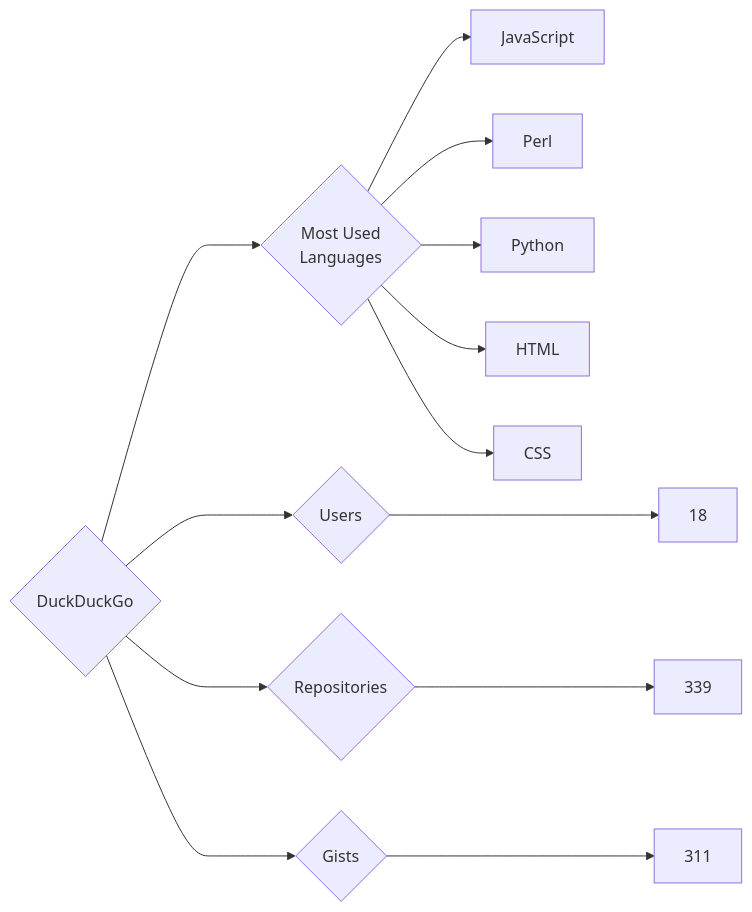
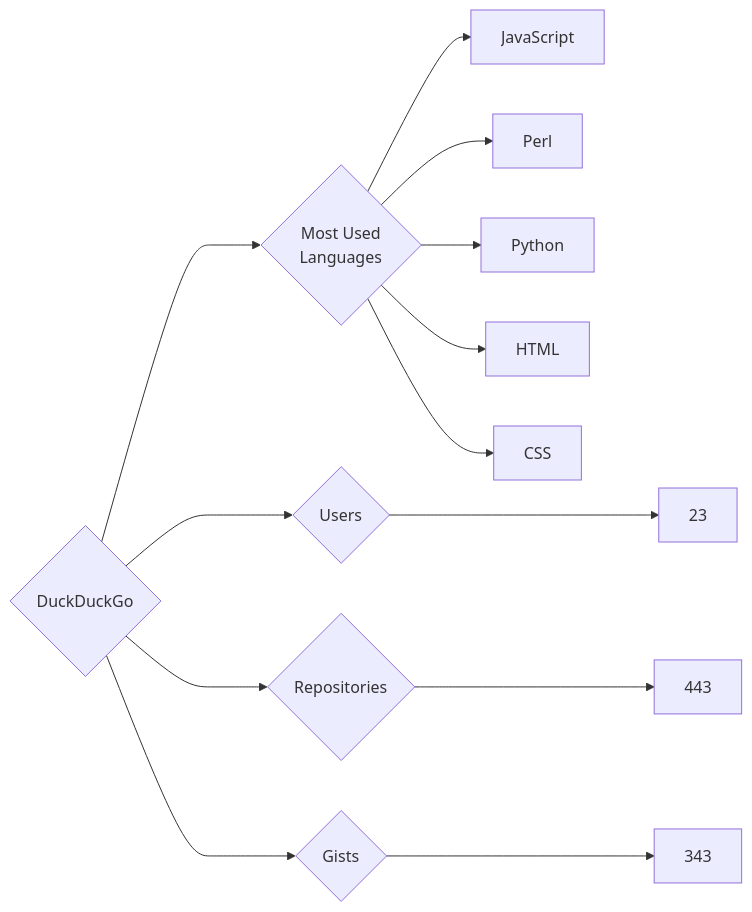
Before and after one commit to trickest/insiders: the diagram in targets/DuckDuckGo/README.md, drawn with Mermaid. The commit also changed 594 other files, not shown here.

````diff
--- a/targets/DuckDuckGo/README.md
+++ b/targets/DuckDuckGo/README.md
@@ -3,13 +3,13 @@
 ```mermaid
 graph LR
 COMPANY_NAME{DuckDuckGo}
-COMPANY_NAME ---> U{Users} ---> UN[18]
-COMPANY_NAME ---> R{Repositories} ---> RN[339]
-COMPANY_NAME ---> G{Gists} ---> GN[311]
+COMPANY_NAME ---> U{Users} ---> UN[23]
+COMPANY_NAME ---> R{Repositories} ---> RN[443]
+COMPANY_NAME ---> G{Gists} ---> GN[343]
 COMPANY_NAME ---> ML{Most Used<br>Languages}
 ML --> JavaScript[JavaScript]
 ML --> Perl[Perl]
 ML --> Python[Python]
 ML --> HTML[HTML]
 ML --> CSS[CSS]
 ```
````
